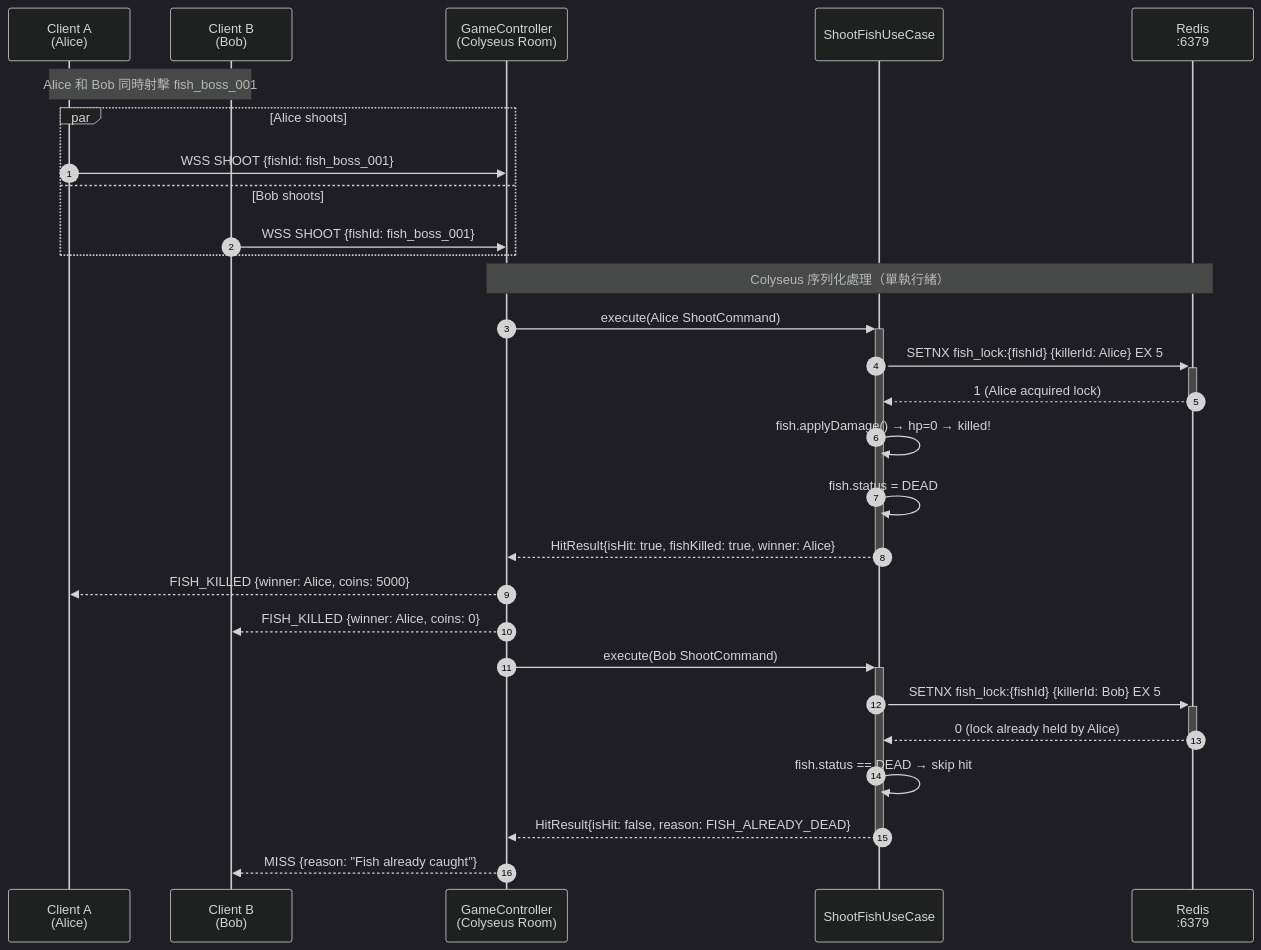
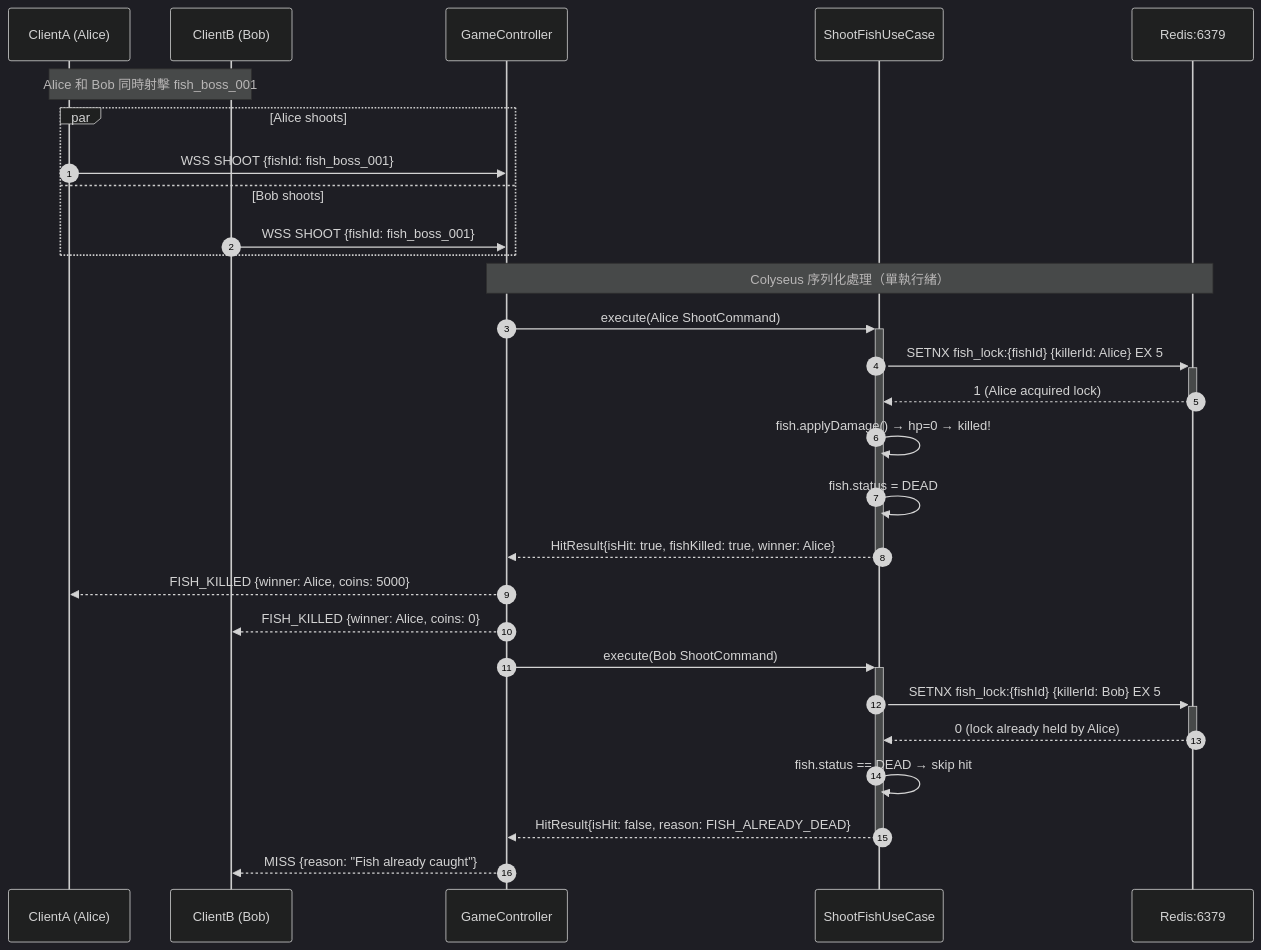
One commit to ibalasite/fishgame changed the second of 4 diagrams in docs/diagrams/sequence-shoot-fish-error.md. Above: the diagram before and after it, drawn with Mermaid. The commit also changed other lines of this file and 5 other files, not shown here.

First line of the commit message:
fix: remove all <br/> from Mermaid diagrams and replace experimental charts

````diff
--- a/docs/diagrams/sequence-shoot-fish-error.md
+++ b/docs/diagrams/sequence-shoot-fish-error.md
@@ -53,34 +53,34 @@
 ```mermaid
 %%{init: {"theme": "dark"}}%%
 sequenceDiagram
     autonumber
-    participant CC_A as Client A<br/>(Alice)
-    participant CC_B as Client B<br/>(Bob)
-    participant CR as GameController<br/>(Colyseus Room)
+    participant CC_A as ClientA (Alice)
+    participant CC_B as ClientB (Bob)
+    participant CR as GameController
     participant SUC as ShootFishUseCase
-    participant Redis as Redis<br/>:6379
+    participant Redis as Redis:6379
 
     Note over CC_A,CC_B: Alice 和 Bob 同時射擊 fish_boss_001
     par Alice shoots
         CC_A->>CR: WSS SHOOT {fishId: fish_boss_001}
     and Bob shoots
         CC_B->>CR: WSS SHOOT {fishId: fish_boss_001}
     end
 
     Note over CR,Redis: Colyseus 序列化處理（單執行緒）
     CR->>+SUC: execute(Alice ShootCommand)
     SUC->>+Redis: SETNX fish_lock:{fishId} {killerId: Alice} EX 5
     Redis-->>-SUC: 1 (Alice acquired lock)
     SUC->>SUC: fish.applyDamage() → hp=0 → killed!
     SUC->>SUC: fish.status = DEAD
     SUC-->>-CR: HitResult{isHit: true, fishKilled: true, winner: Alice}
     CR-->>CC_A: FISH_KILLED {winner: Alice, coins: 5000}
     CR-->>CC_B: FISH_KILLED {winner: Alice, coins: 0}
 
     CR->>+SUC: execute(Bob ShootCommand)
     SUC->>+Redis: SETNX fish_lock:{fishId} {killerId: Bob} EX 5
     Redis-->>-SUC: 0 (lock already held by Alice)
     SUC->>SUC: fish.status == DEAD → skip hit
     SUC-->>-CR: HitResult{isHit: false, reason: FISH_ALREADY_DEAD}
     CR-->>CC_B: MISS {reason: "Fish already caught"}
 ```
````
